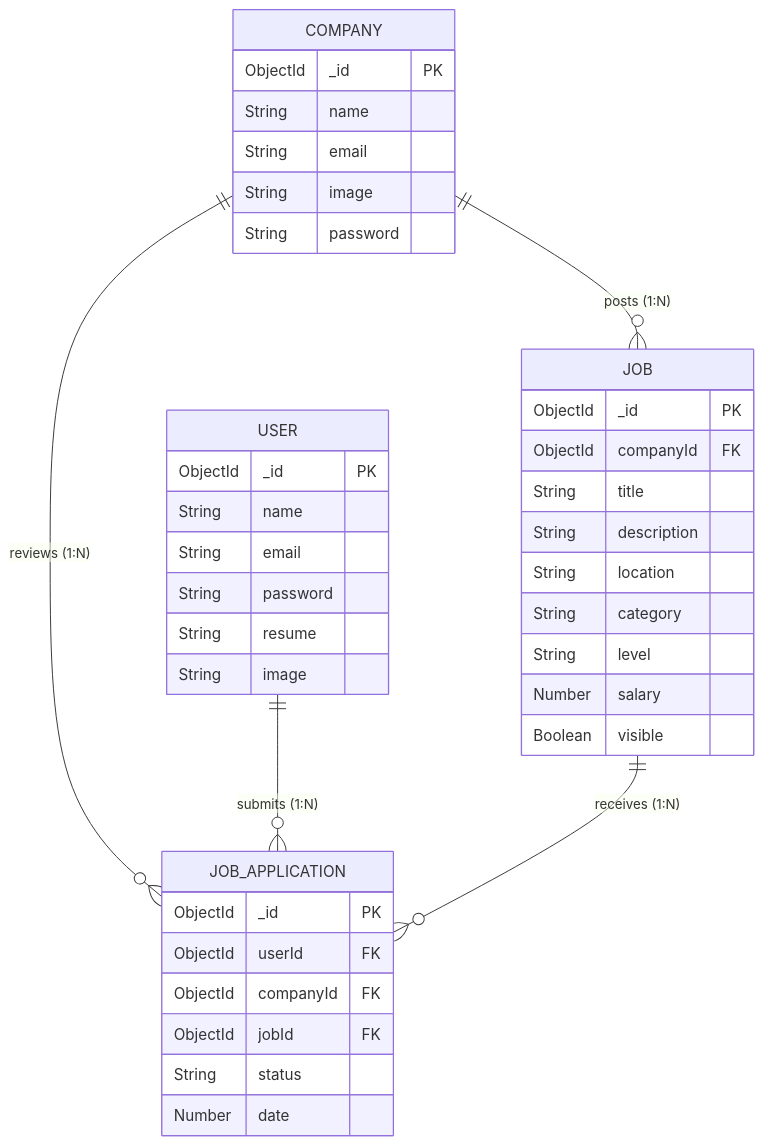
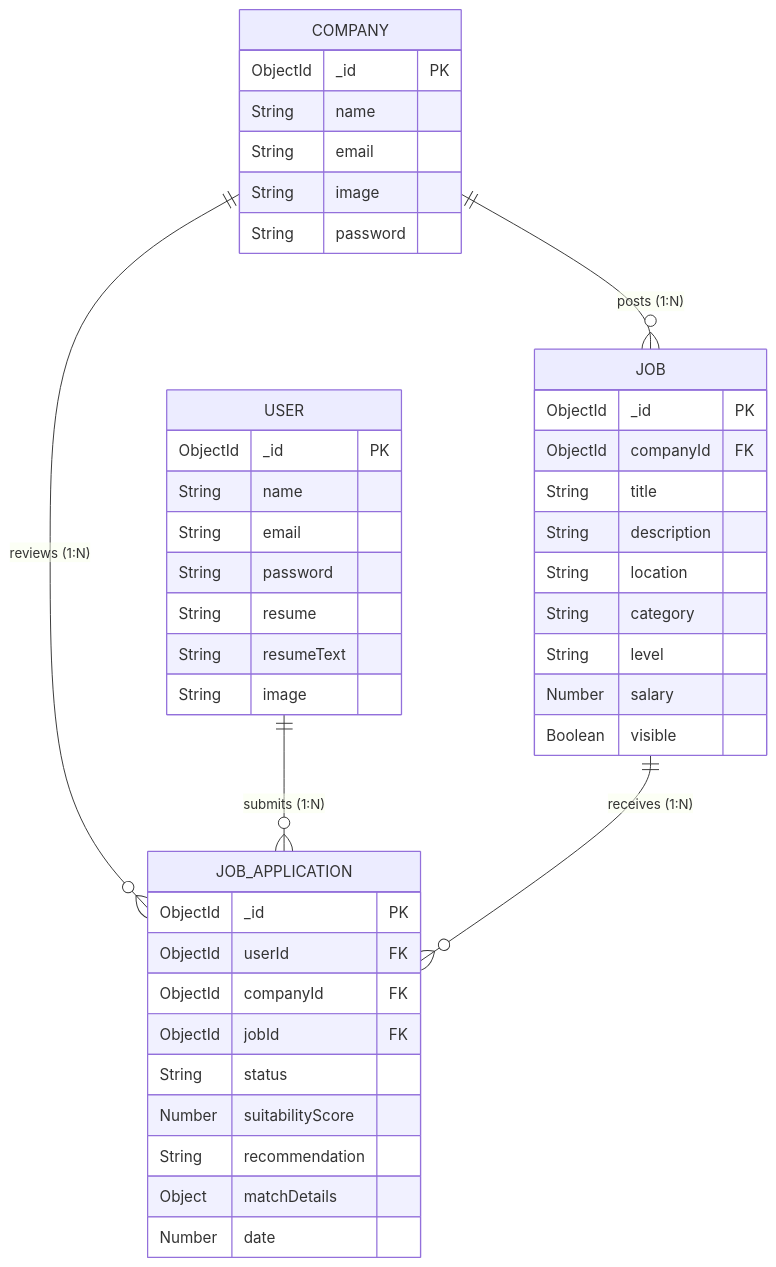
Before and after one commit to Iconicsam-git/job-portal: the seventh of 7 diagrams in Final_Project_Report.md, drawn with Mermaid. The commit also changed other lines of this file and 33 other files, not shown here.

````diff
--- a/Final_Project_Report.md
+++ b/Final_Project_Report.md
@@ -876,45 +968,49 @@
 ```mermaid
 erDiagram
     COMPANY ||--o{ JOB : "posts (1:N)"
     COMPANY ||--o{ JOB_APPLICATION : "reviews (1:N)"
     USER ||--o{ JOB_APPLICATION : "submits (1:N)"
     JOB ||--o{ JOB_APPLICATION : "receives (1:N)"
 
     COMPANY {
         ObjectId _id PK
         String name
         String email
         String image
         String password
     }
 
     USER {
         ObjectId _id PK
         String name
         String email
         String password
         String resume
+        String resumeText
         String image
     }
 
     JOB {
         ObjectId _id PK
         ObjectId companyId FK
         String title
         String description
         String location
         String category
         String level
         Number salary
         Boolean visible
     }
 
     JOB_APPLICATION {
         ObjectId _id PK
         ObjectId userId FK
         ObjectId companyId FK
         ObjectId jobId FK
         String status
+        Number suitabilityScore
+        String recommendation
+        Object matchDetails
         Number date
     }
 ```
````
